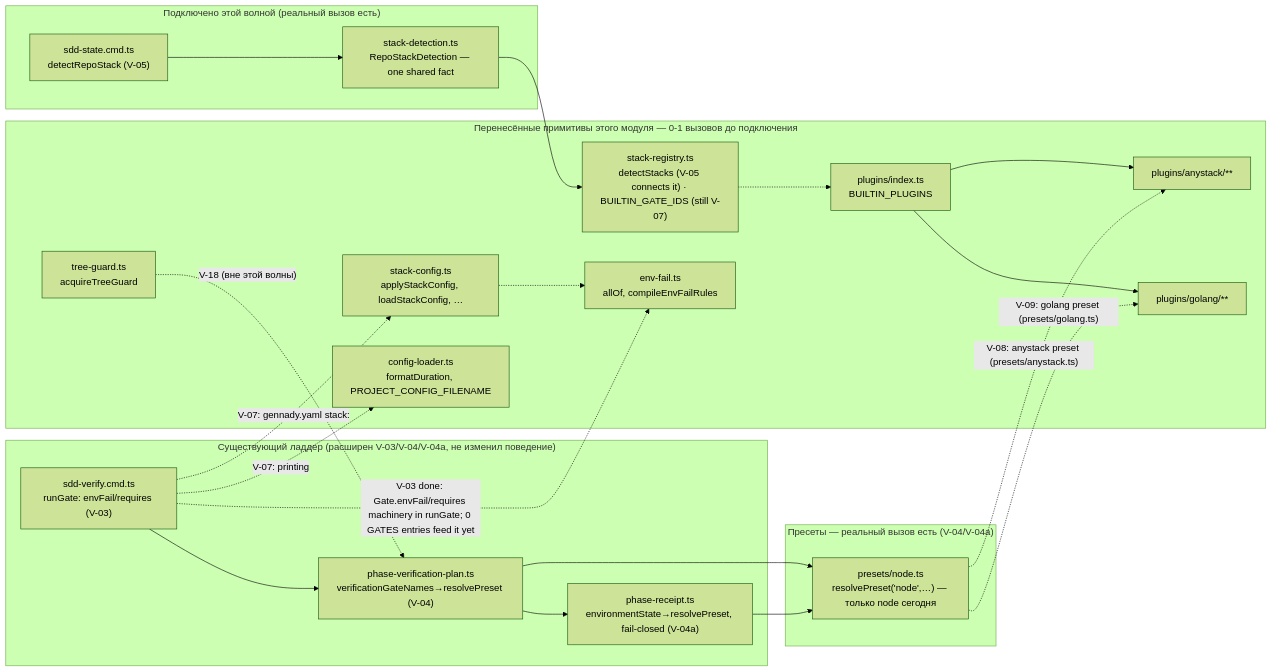
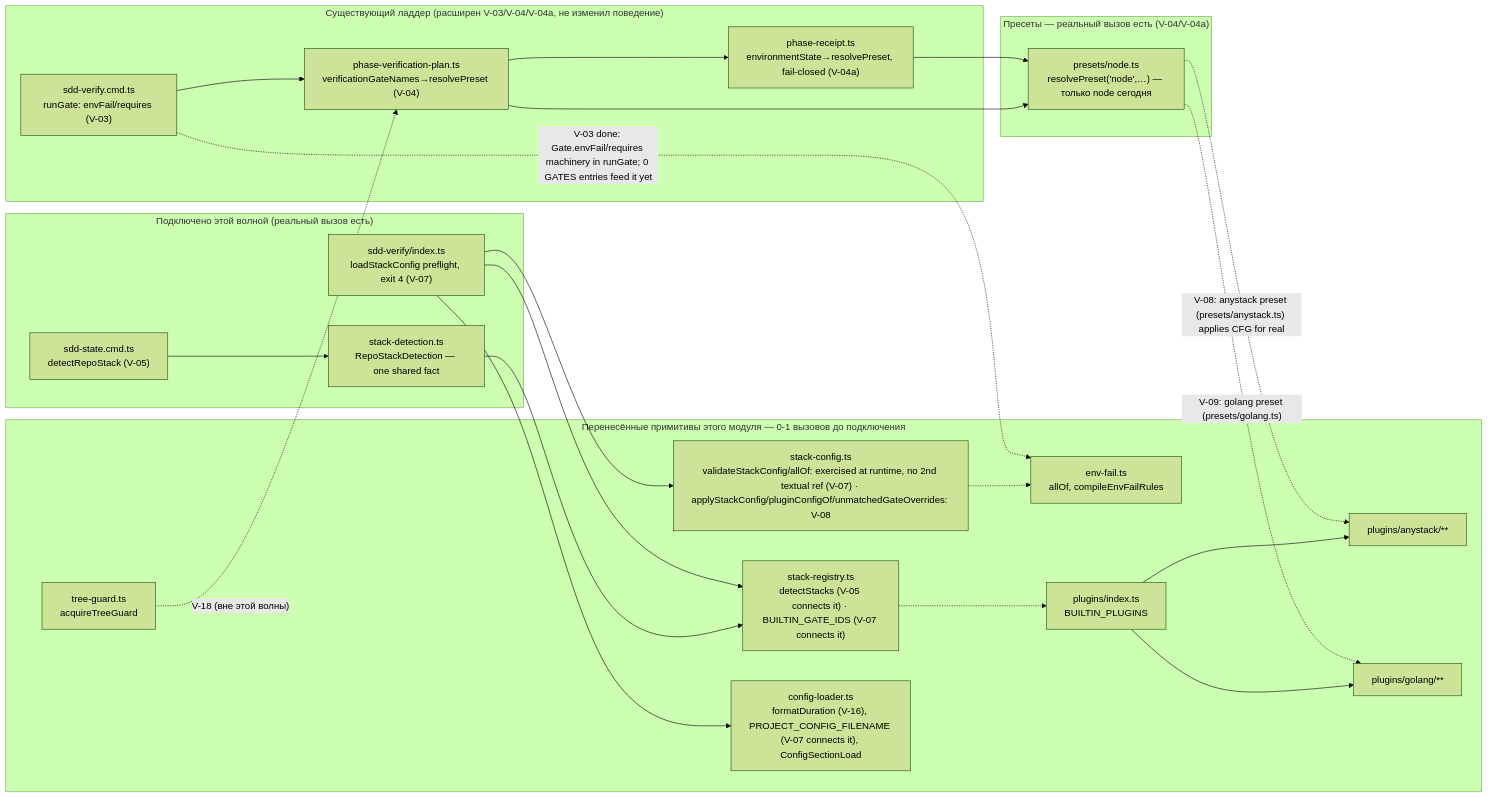
One commit to RubaXa/gennady changed the first of 2 diagrams in specs/cli/verify/verify.spec.md. Above: the diagram before and after it, drawn with Mermaid (forest theme). The commit also changed other lines of this file and 3 other files, not shown here.

First line of the commit message:
feat(verify): V-07 — gennady.yaml stack: config gate, deep-merge + provenance, exit 4

````diff
--- a/specs/cli/verify/verify.spec.md
+++ b/specs/cli/verify/verify.spec.md
@@ -25,43 +27,45 @@
 ```mermaid
 flowchart LR
   subgraph existing["Существующий ладдер (расширен V-03/V-04/V-04a, не изменил поведение)"]
     CMD["sdd-verify.cmd.ts\nrunGate: envFail/requires (V-03)"] --> PLAN["phase-verification-plan.ts\nverificationGateNames→resolvePreset (V-04)"]
     PLAN --> RCPT["phase-receipt.ts\nenvironmentState→resolvePreset, fail-closed (V-04a)"]
   end
 
   subgraph presets["Пресеты — реальный вызов есть (V-04/V-04a)"]
     NODE["presets/node.ts\nresolvePreset('node',…) — только node сегодня"]
   end
 
   subgraph connected["Подключено этой волной (реальный вызов есть)"]
     STATE["sdd-state.cmd.ts\ndetectRepoStack (V-05)"]
     SD["stack-detection.ts\nRepoStackDetection — one shared fact"]
+    IDX["sdd-verify/index.ts\nloadStackConfig preflight, exit 4 (V-07)"]
   end
 
   subgraph ported["Перенесённые примитивы этого модуля — 0-1 вызовов до подключения"]
-    REG["stack-registry.ts\ndetectStacks (V-05 connects it) · BUILTIN_GATE_IDS (still V-07)"]
-    CFG["stack-config.ts\napplyStackConfig, loadStackConfig, …"]
+    REG["stack-registry.ts\ndetectStacks (V-05 connects it) · BUILTIN_GATE_IDS (V-07 connects it)"]
+    CFG["stack-config.ts\nvalidateStackConfig/allOf: exercised at runtime, no 2nd textual ref (V-07) · applyStackConfig/pluginConfigOf/unmatchedGateOverrides: V-08"]
     ENVF["env-fail.ts\nallOf, compileEnvFailRules"]
     TG["tree-guard.ts\nacquireTreeGuard"]
-    LOADER["config-loader.ts\nformatDuration, PROJECT_CONFIG_FILENAME"]
+    LOADER["config-loader.ts\nformatDuration (V-16), PROJECT_CONFIG_FILENAME (V-07 connects it), ConfigSectionLoad"]
     PLUGINS["plugins/index.ts\nBUILTIN_PLUGINS"]
     ANY["plugins/anystack/**"]
     GO["plugins/golang/**"]
   end
 
   PLAN --> NODE
   RCPT --> NODE
   PLUGINS --> ANY
   PLUGINS --> GO
   CFG -.-> ENVF
   REG -.-> PLUGINS
   STATE --> SD
   SD --> REG
+  IDX --> CFG
+  IDX --> LOADER
+  IDX --> REG
 
   CMD -. "V-03 done: Gate.envFail/requires machinery in runGate; 0 GATES entries feed it yet" .-> ENVF
-  CMD -. "V-07: gennady.yaml stack:" .-> CFG
-  CMD -. "V-07: printing" .-> LOADER
-  NODE -. "V-08: anystack preset (presets/anystack.ts)" .-> ANY
+  NODE -. "V-08: anystack preset (presets/anystack.ts) applies CFG for real" .-> ANY
   NODE -. "V-09: golang preset (presets/golang.ts)" .-> GO
   TG -. "V-18 (вне этой волны)" .-> PLAN
 ```
````
